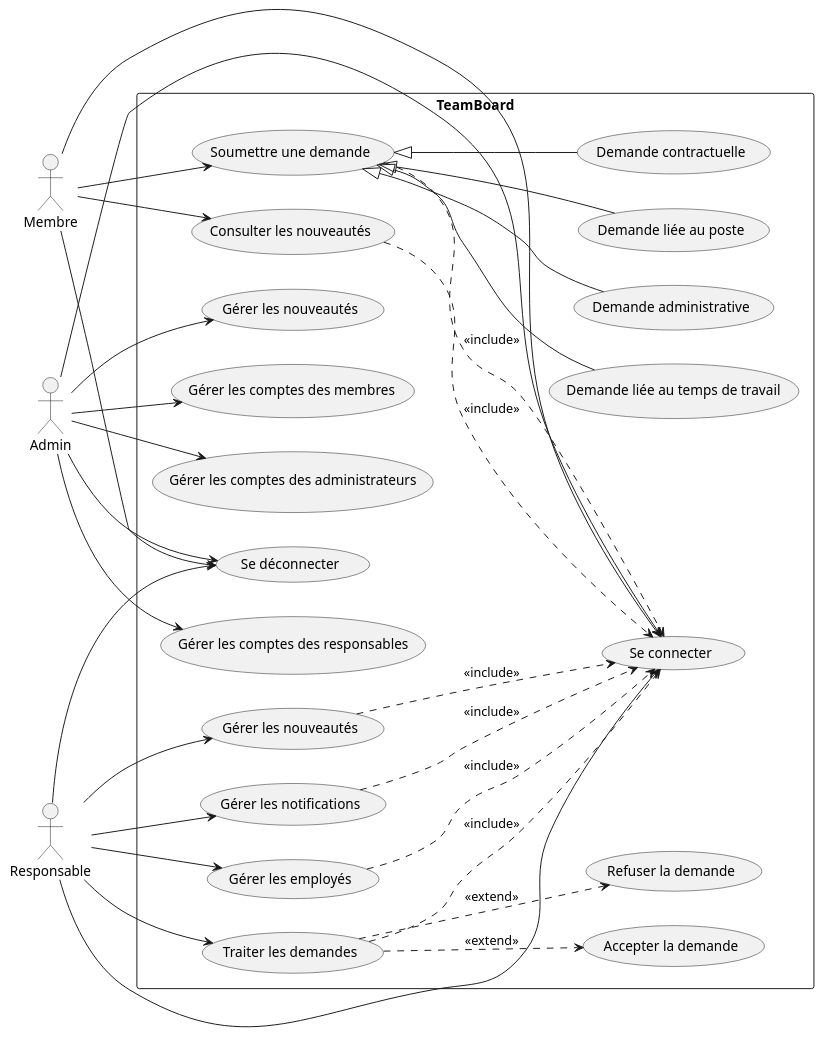
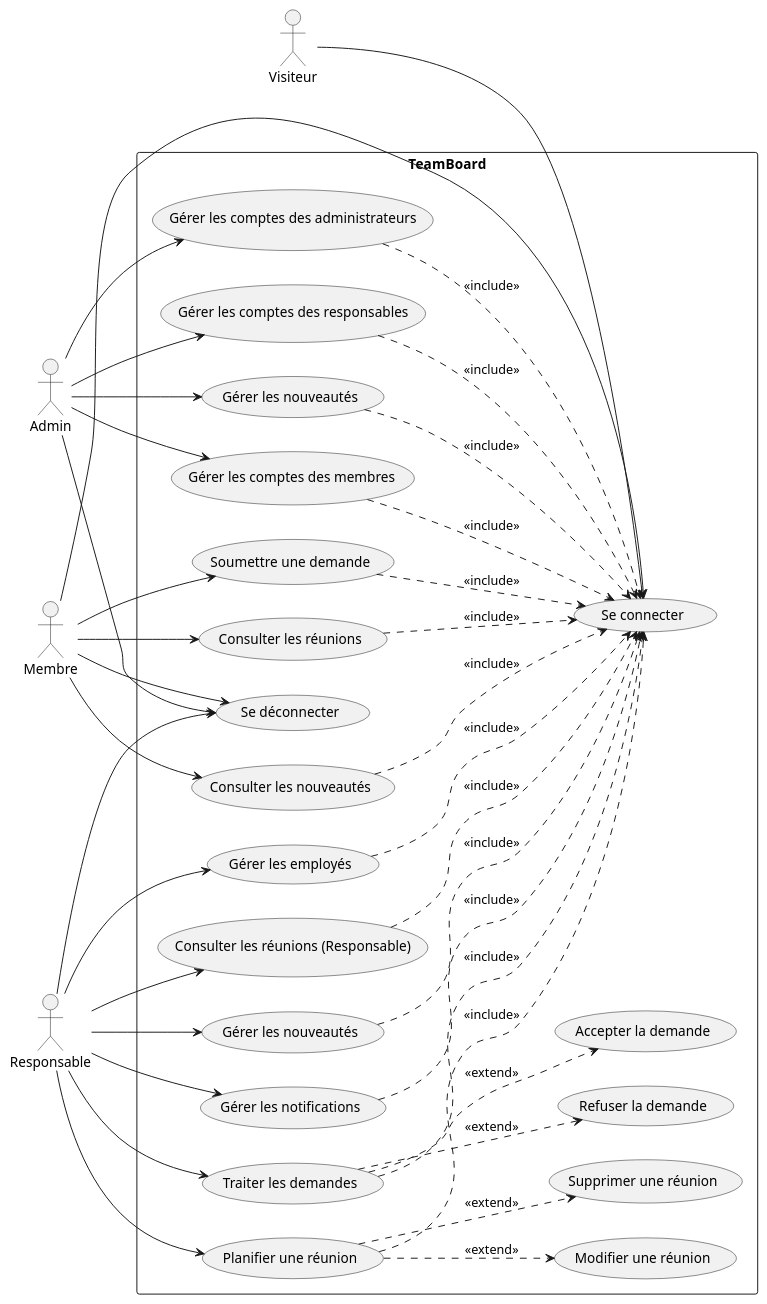
One commit to Yassinenmila/TeamBoard changed the diagram in diagrame/UseCase.puml. Above: the diagram before and after it, drawn with PlantUML. The commit also changed 8 other files, not shown here.

```diff
--- a/diagrame/UseCase.puml
+++ b/diagrame/UseCase.puml
@@ -1,74 +1,91 @@
 @startuml TeamBoard
 left to right direction
 
+actor Visiteur
 actor Admin
 actor Membre
 actor Responsable
 
 rectangle TeamBoard {
 
     ' Authentification
     usecase "Se connecter" as Login
     usecase "Se déconnecter" as Logout
 
     ' Membre
     usecase "Consulter les nouveautés" as News
     usecase "Soumettre une demande" as Ask
-    usecase "Demande liée au temps de travail" as AskTemp
-    usecase "Demande administrative" as AskAdmin
-    usecase "Demande liée au poste" as AskPost
-    usecase "Demande contractuelle" as AskContract
+    usecase "Consulter les réunions" as ViewMeetings
 
     ' Responsable
     usecase "Traiter les demandes" as ManageAsk
     usecase "Accepter la demande" as AcceptAsk
     usecase "Refuser la demande" as RefuseAsk
     usecase "Gérer les nouveautés" as ManageNews
     usecase "Gérer les notifications" as ManageNotice
     usecase "Gérer les employés" as ManageAccounts
+
+    ' Réunions
+    usecase "Planifier une réunion" as PlanMeeting
+    usecase "Modifier une réunion" as EditMeeting
+    usecase "Supprimer une réunion" as DeleteMeeting
+    usecase "Consulter les réunions (Responsable)" as ViewMeetingsResp
+
     ' Admin
     usecase "Gérer les comptes des responsables" as gestion_responsables
     usecase "Gérer les nouveautés" as gestion_nouveautes
     usecase "Gérer les comptes des membres" as gestion_membres
     usecase "Gérer les comptes des administrateurs" as gestion_admins
 }
 
+'--------- Visiteur -----------
+Visiteur --> Login 
+
 ' -------- Relations Membre --------
 Membre --> Login
 Membre --> Logout
 Membre --> News
 Membre --> Ask
-
-Ask <|-- AskTemp
-Ask <|-- AskAdmin
-Ask <|-- AskPost
-Ask <|-- AskContract
+Membre --> ViewMeetings
 
 News ..> Login : <<include>>
 Ask ..> Login : <<include>>
+ViewMeetings ..> Login : <<include>>
 
 ' -------- Relations Responsable --------
-Responsable --> Login
 Responsable --> Logout
 Responsable --> ManageAsk
 Responsable --> ManageNews
 Responsable --> ManageNotice
 Responsable --> ManageAccounts
 
+Responsable --> PlanMeeting
+Responsable --> ViewMeetingsResp
+
 ManageAsk ..> Login : <<include>>
 ManageNews ..> Login : <<include>>
 ManageNotice ..> Login : <<include>>
 ManageAccounts ..> Login : <<include>>
 
+PlanMeeting ..> Login : <<include>>
+ViewMeetingsResp ..> Login : <<include>>
+
+PlanMeeting ..> EditMeeting : <<extend>>
+PlanMeeting ..> DeleteMeeting : <<extend>>
+
 ManageAsk ..> AcceptAsk : <<extend>>
 ManageAsk ..> RefuseAsk : <<extend>>
 
 ' -------- Relations Admin --------
-Admin --> Login
 Admin --> Logout
 Admin --> gestion_admins
 Admin --> gestion_membres
 Admin --> gestion_responsables
 Admin --> gestion_nouveautes
 
+gestion_admins ..> Login : <<include>>
+gestion_membres ..> Login : <<include>>
+gestion_responsables ..> Login : <<include>>
+gestion_nouveautes ..> Login : <<include>>
+
 @enduml
```
